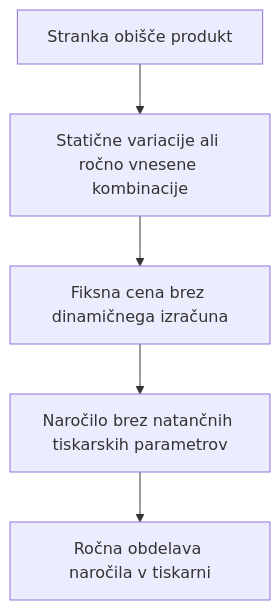
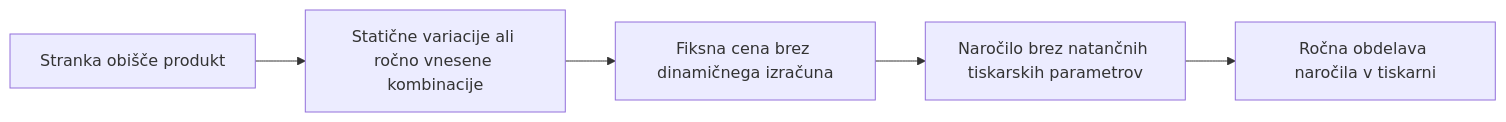
One commit to neoxk/printforge changed the first of 19 diagrams in README.md. Above: the diagram before and after it, drawn with Mermaid. The commit also changed other lines of this file, not shown here.

````diff
--- a/README.md
+++ b/README.md
@@ -52,7 +53,7 @@
 ```mermaid
-graph TD
+graph LR
     A[Stranka obišče produkt] --> B[Statične variacije ali ročno vnesene kombinacije]
     B --> C[Fiksna cena brez dinamičnega izračuna]
     C --> D[Naročilo brez natančnih tiskarskih parametrov]
     D --> E[Ročna obdelava naročila v tiskarni]
 ```
````
